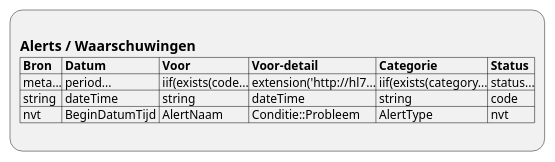
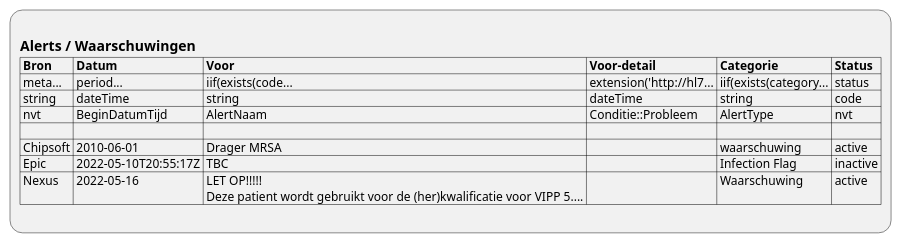
The diagram in input/images-source/ViewDefinition-Flag.plantuml (RIVO-Noord/zorgviewer-ig), drawn with PlantUML before and after one commit. The commit also changed 13 other files, not shown here.

```diff
--- a/input/images-source/ViewDefinition-Flag.plantuml
+++ b/input/images-source/ViewDefinition-Flag.plantuml
@@ -1,9 +1,13 @@
 @startuml ViewDefinition-Flag
 :
 == Alerts / Waarschuwingen
 |= Bron |= Datum |= Voor |= Voor-detail |= Categorie |= Status |
-| meta...| period...| iif(exists(code...| extension('http://hl7...| iif(exists(category...| status...|
+| meta... | period... | iif(exists(code... | extension('http://hl7... | iif(exists(category... | status |
 | string | dateTime | string | dateTime | string | code |
 | nvt | BeginDatumTijd | AlertNaam | Conditie::Probleem | AlertType | nvt |
+| |
+| Chipsoft | 2010-06-01 | Drager MRSA |  | waarschuwing | active |
+| Epic | 2022-05-10T20:55:17Z | TBC |  | Infection Flag | inactive |
+| Nexus | 2022-05-16 | LET OP!!!!!\n Deze patient wordt gebruikt voor de (her)kwalificatie voor VIPP 5.... |  | Waarschuwing | active |
 ;
 @enduml
```
